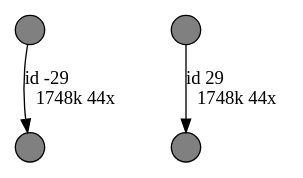
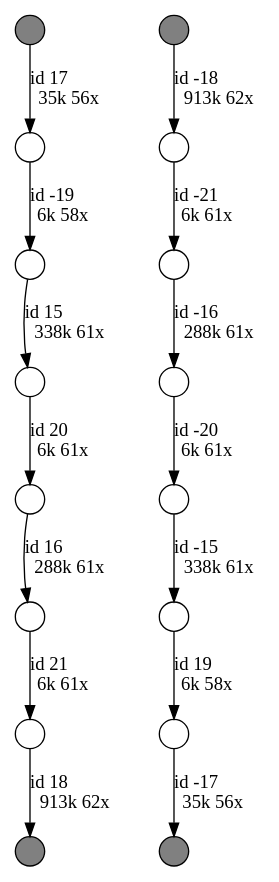
Before and after one commit to harisankarsadasivan/LORA: the diagram in data/flye_output/hepaticus_out/20-repeat/graph_after_rr.gv, drawn with Graphviz. The commit also changed 8 other files, not shown here.

```diff
--- a/data/flye_output/hepaticus_out/20-repeat/graph_after_rr.gv
+++ b/data/flye_output/hepaticus_out/20-repeat/graph_after_rr.gv
@@ -1,10 +1,22 @@
 digraph {
 nodesep = 0.5;
 node [shape = circle, label = "", height = 0.3];
 "0" [style = "filled", fillcolor = "grey"];
 "1" [style = "filled", fillcolor = "grey"];
 "2" [style = "filled", fillcolor = "grey"];
 "3" [style = "filled", fillcolor = "grey"];
-"0" -> "3" [label = "id -29\l1748k 44x", color = "black"] ;
-"2" -> "1" [label = "id 29\l1748k 44x", color = "black"] ;
+"5" -> "4" [label = "id 21\l6k 61x", color = "black"] ;
+"7" -> "6" [label = "id -19\l6k 58x", color = "black"] ;
+"9" -> "8" [label = "id 19\l6k 58x", color = "black"] ;
+"3" -> "10" [label = "id -18\l913k 62x", color = "black"] ;
+"8" -> "1" [label = "id -17\l35k 56x", color = "black"] ;
+"11" -> "5" [label = "id 16\l288k 61x", color = "black"] ;
+"6" -> "12" [label = "id 15\l338k 61x", color = "black"] ;
+"14" -> "13" [label = "id -20\l6k 61x", color = "black"] ;
+"0" -> "7" [label = "id 17\l35k 56x", color = "black"] ;
+"15" -> "14" [label = "id -16\l288k 61x", color = "black"] ;
+"10" -> "15" [label = "id -21\l6k 61x", color = "black"] ;
+"4" -> "2" [label = "id 18\l913k 62x", color = "black"] ;
+"13" -> "9" [label = "id -15\l338k 61x", color = "black"] ;
+"12" -> "11" [label = "id 20\l6k 61x", color = "black"] ;
 }
```
